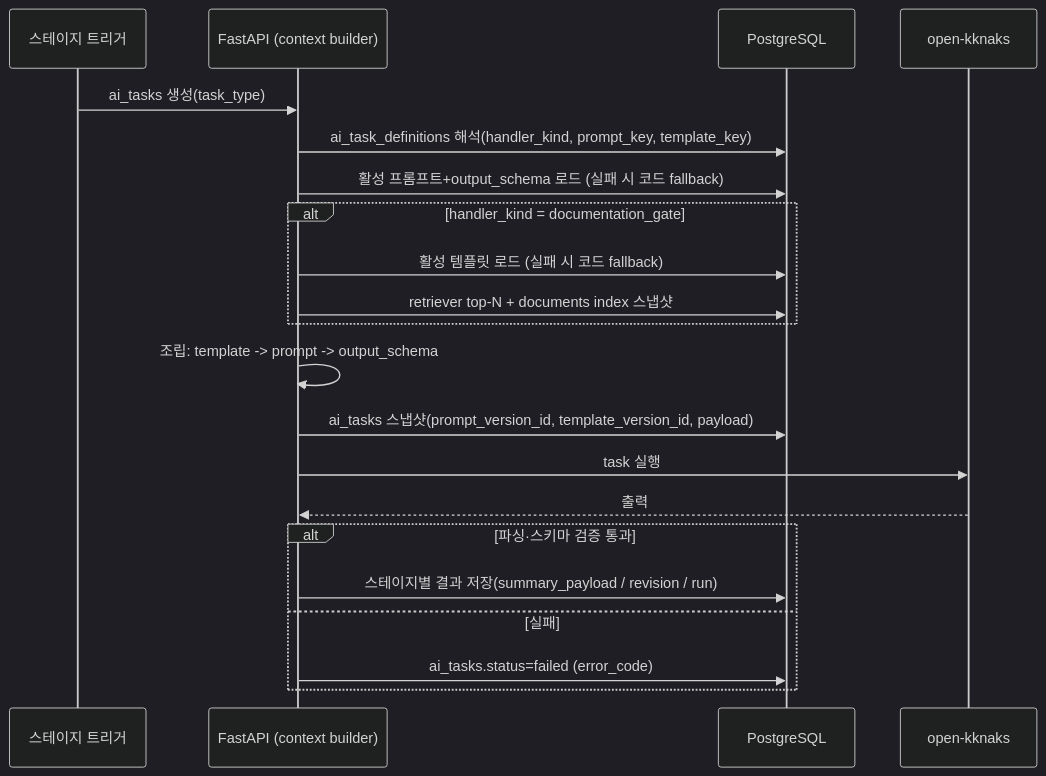
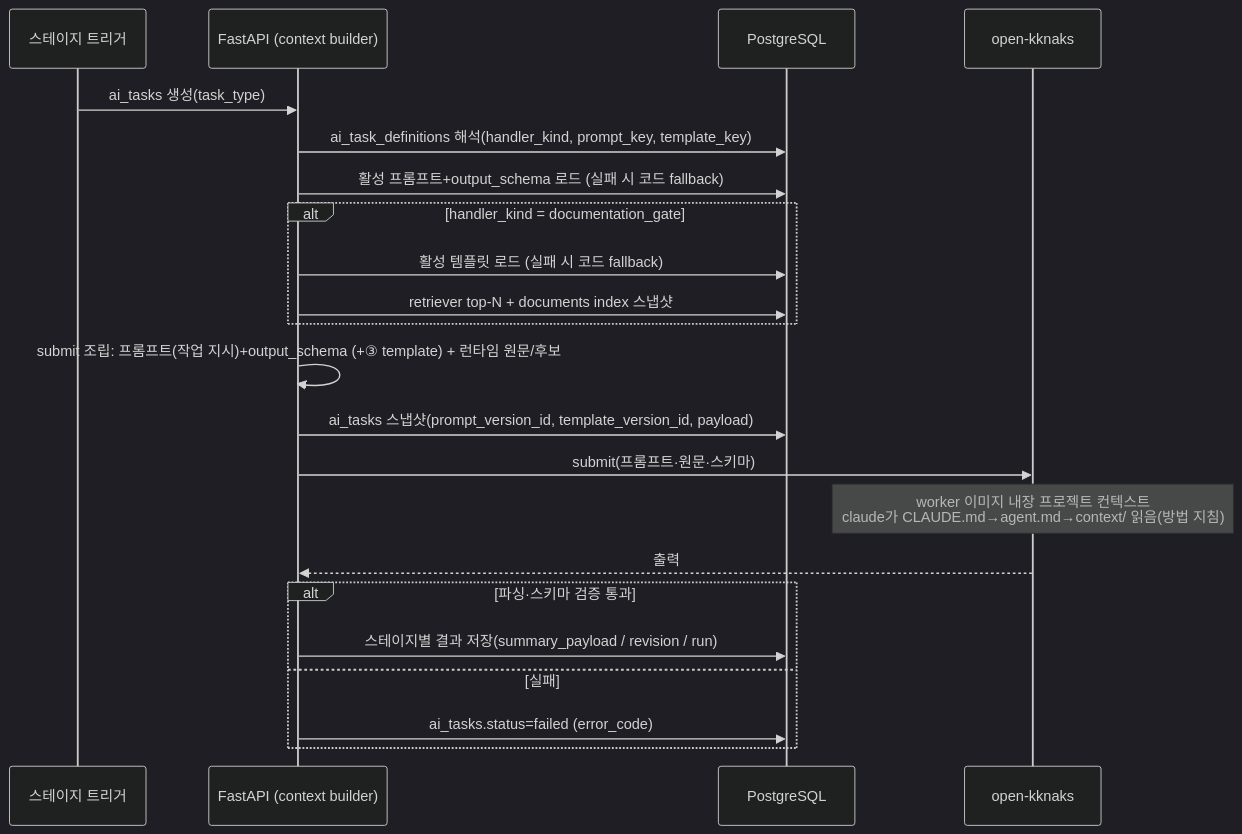
One commit to kknaks/kknaks_profile changed the diagram in products/ax-knowledge-graph/20-spec/spec-011-ai-execution-pipeline.md. Above: the diagram before and after it, drawn with Mermaid (dark theme). The commit also changed other lines of this file and 17 other files, not shown here.

````diff
--- a/products/ax-knowledge-graph/20-spec/spec-011-ai-execution-pipeline.md
+++ b/products/ax-knowledge-graph/20-spec/spec-011-ai-execution-pipeline.md
@@ -183,24 +204,25 @@
 ```mermaid
 sequenceDiagram
     participant Trigger as 스테이지 트리거
     participant BE as FastAPI (context builder)
     participant Store as PostgreSQL
     participant OK as open-kknaks
 
     Trigger->>BE: ai_tasks 생성(task_type)
     BE->>Store: ai_task_definitions 해석(handler_kind, prompt_key, template_key)
     BE->>Store: 활성 프롬프트+output_schema 로드 (실패 시 코드 fallback)
     alt handler_kind = documentation_gate
         BE->>Store: 활성 템플릿 로드 (실패 시 코드 fallback)
         BE->>Store: retriever top-N + documents index 스냅샷
     end
-    BE->>BE: 조립: template -> prompt -> output_schema
+    BE->>BE: submit 조립: 프롬프트(작업 지시)+output_schema (+③ template) + 런타임 원문/후보
     BE->>Store: ai_tasks 스냅샷(prompt_version_id, template_version_id, payload)
-    BE->>OK: task 실행
+    BE->>OK: submit(프롬프트·원문·스키마)
+    Note over OK: worker 이미지 내장 프로젝트 컨텍스트<br/>claude가 CLAUDE.md→agent.md→context/ 읽음(방법 지침)
     OK-->>BE: 출력
     alt 파싱·스키마 검증 통과
         BE->>Store: 스테이지별 결과 저장(summary_payload / revision / run)
     else 실패
         BE->>Store: ai_tasks.status=failed (error_code)
     end
 ```
````
